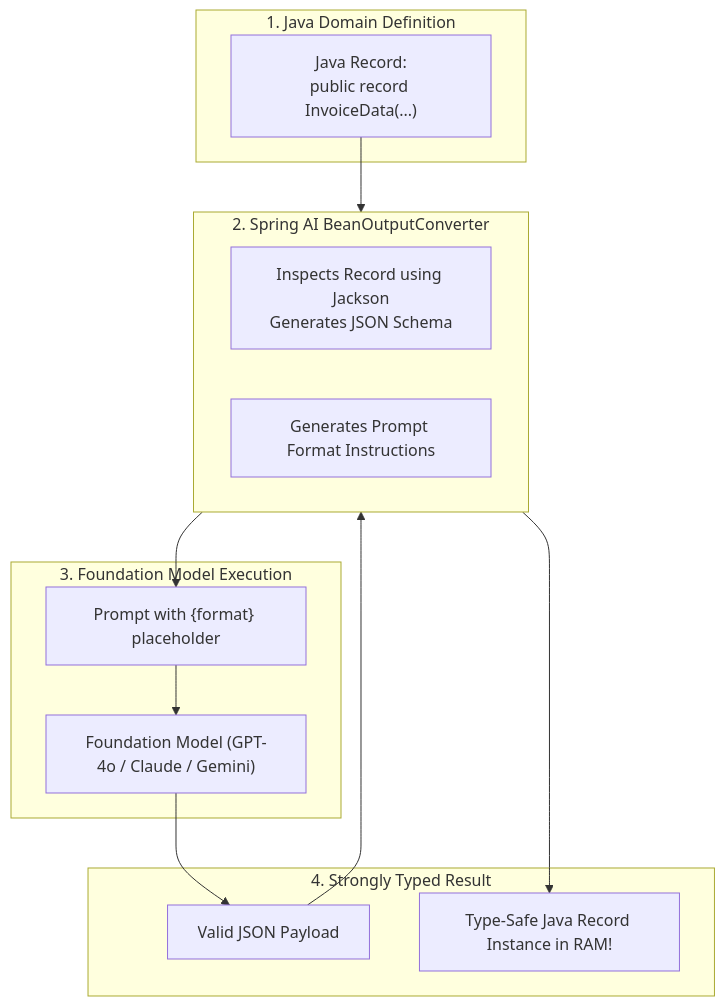
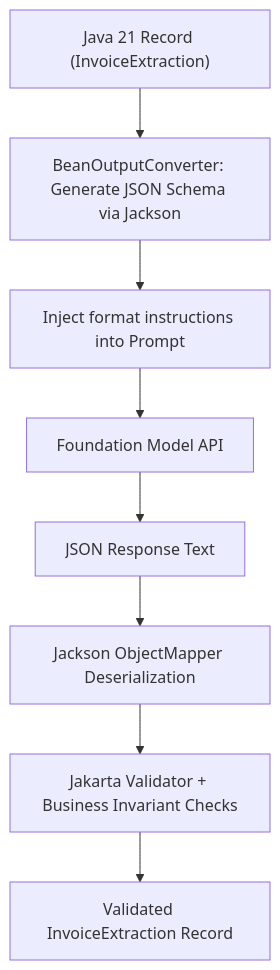
Before and after one commit to ravishankar2463/java_hub: the first of 2 diagrams in content/roadmap/level-14/llm-integration-and-structured-records.md, drawn with Mermaid. The commit also changed other lines of this file and 119 other files, not shown here.

Commit message:
feat: add comprehensive java learning roadmap content across multiple levels

````diff
--- a/content/roadmap/level-14/llm-integration-and-structured-records.md
+++ b/content/roadmap/level-14/llm-integration-and-structured-records.md
@@ -25,28 +150,10 @@
 ```mermaid
 flowchart TD
-    subgraph JavaDomain["1. Java Domain Definition"]
-        Record["Java Record:<br/>public record InvoiceData(...)"]
-    end
-
-    subgraph ConverterEngine["2. Spring AI BeanOutputConverter"]
-        SchemaGen["Inspects Record using Jackson<br/>Generates JSON Schema"]
-        FormatPrompt["Generates Prompt Format Instructions"]
-    end
-
-    subgraph LLMCall["3. Foundation Model Execution"]
-        Prompt["Prompt with {format} placeholder"]
-        Model["Foundation Model (GPT-4o / Claude / Gemini)"]
-    end
-
-    subgraph Deserialization["4. Strongly Typed Result"]
-        RawJSON["Valid JSON Payload"]
-        Instance["Type-Safe Java Record Instance in RAM!"]
-    end
-
-    Record --> ConverterEngine
-    ConverterEngine --> Prompt
-    Prompt --> Model
-    Model --> RawJSON
-    RawJSON --> ConverterEngine
-    ConverterEngine --> Instance
+    Record["Java 21 Record (InvoiceExtraction)"] --> Schema["BeanOutputConverter: Generate JSON Schema via Jackson"]
+    Schema --> Prompt["Inject format instructions into Prompt"]
+    Prompt --> LLM["Foundation Model API"]
+    LLM --> Raw["JSON Response Text"]
+    Raw --> Parse["Jackson ObjectMapper Deserialization"]
+    Parse --> Valid["Jakarta Validator + Business Invariant Checks"]
+    Valid --> Result["Validated InvoiceExtraction Record"]
 ```
````
